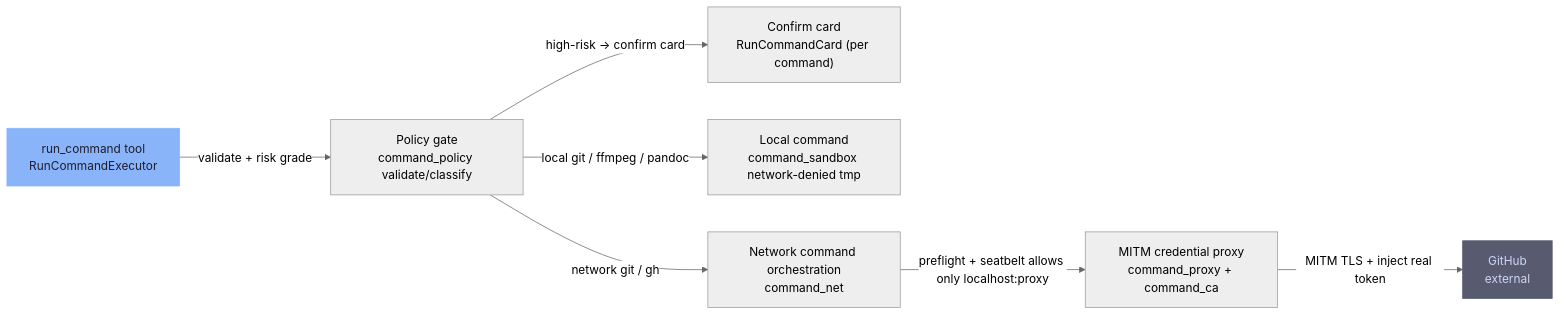
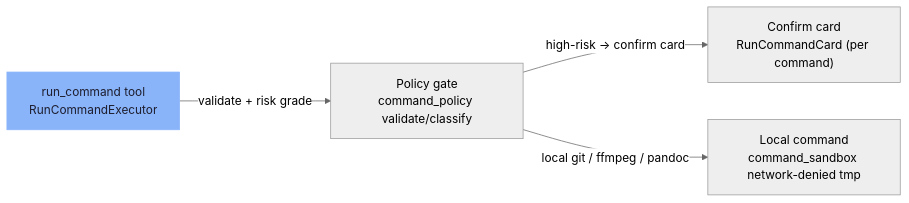
The fifth of 6 diagrams in docs/ARCHITECTURE.md (mirzatghayrat/arslan), drawn with Mermaid (neutral theme) before and after one commit. The commit also changed other lines of this file and 2 other files, not shown here.

First line of the commit message:
docs (#298a): stop claiming a credential proxy; the command layers in the audit's words

````diff
--- a/docs/ARCHITECTURE.md
+++ b/docs/ARCHITECTURE.md
@@ -164,21 +164,13 @@
 ```mermaid
 graph LR
     run-command["run_command tool<br/>RunCommandExecutor"]
     policy["Policy gate<br/>command_policy validate/classify"]
     confirm["Confirm card<br/>RunCommandCard (per command)"]
     local-path["Local command<br/>command_sandbox network-denied tmp"]
-    net-path["Network command orchestration<br/>command_net"]
-    proxy["MITM credential proxy<br/>command_proxy + command_ca"]
-    github["GitHub<br/>external"]
 
     run-command -->|"validate + risk grade"| policy
     policy -->|"high-risk → confirm card"| confirm
     policy -->|"local git / ffmpeg / pandoc"| local-path
-    policy -->|"network git / gh"| net-path
-    net-path -->|"preflight + seatbelt allows only localhost:proxy"| proxy
-    proxy -->|"MITM TLS + inject real token"| github
     classDef entry fill:#89b4fa,stroke:#89b4fa,color:#1e1e2e
-    classDef external fill:#585b70,stroke:#585b70,color:#cdd6f4
     class run-command entry
-    class github external
 ```
````
